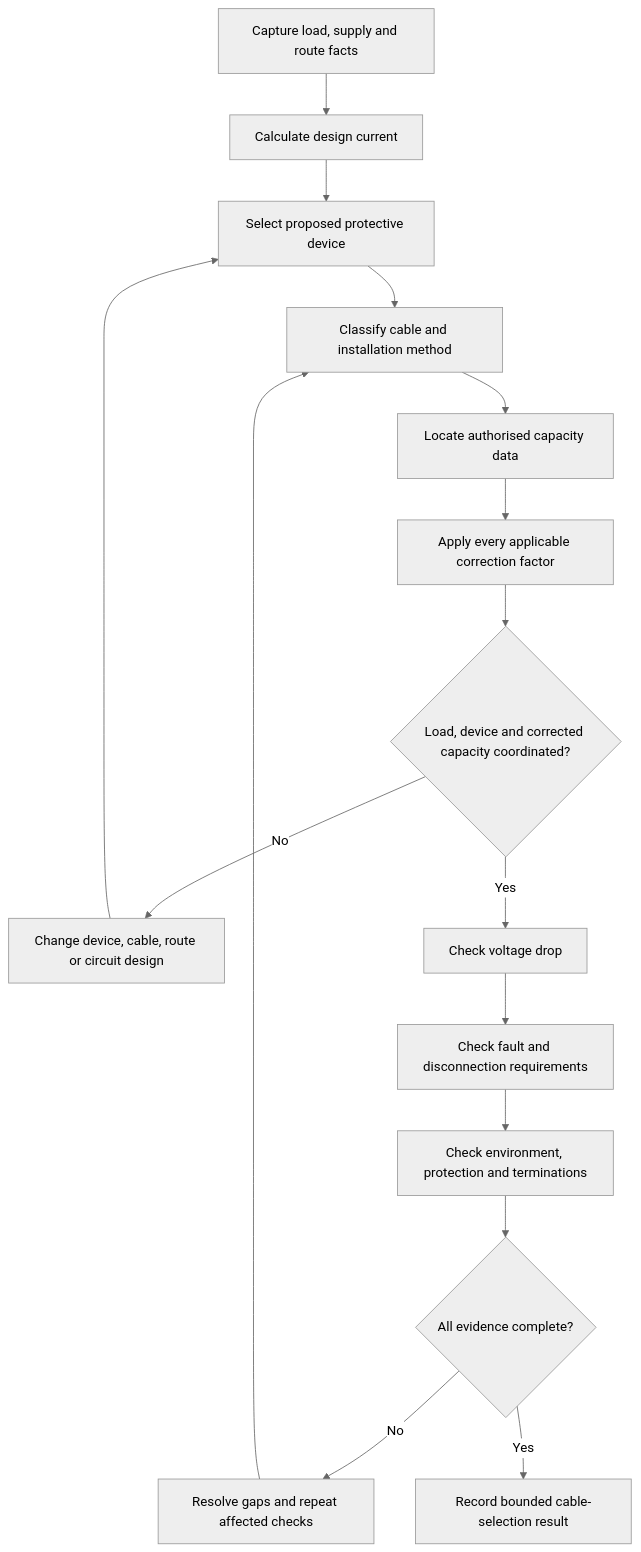
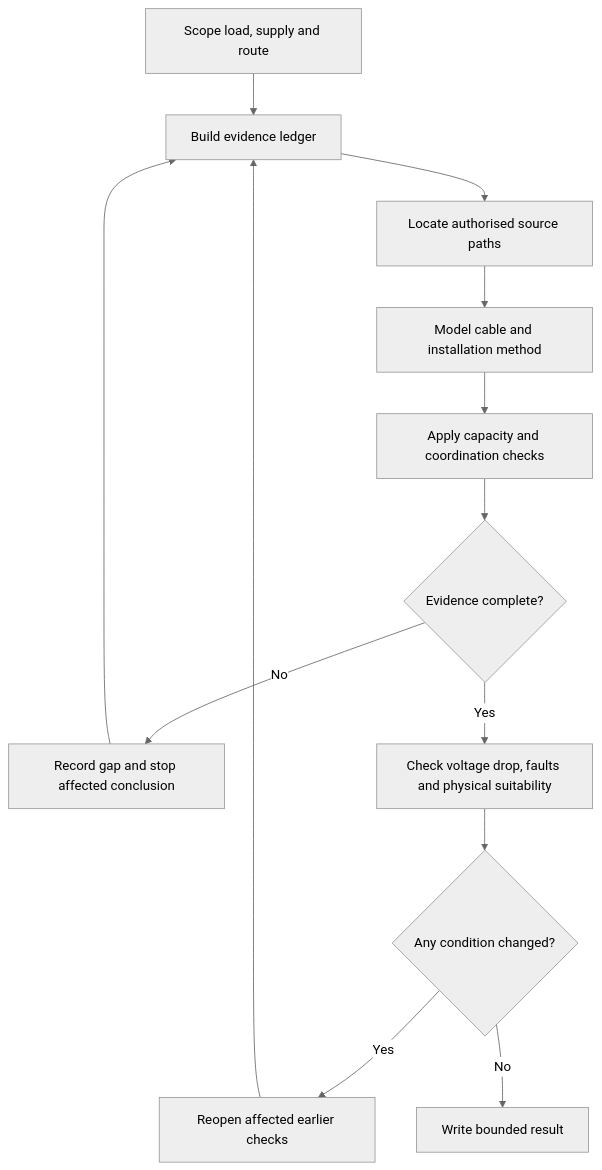
Before and after one commit to andrew3stedall/capstone: the first of 2 diagrams in docs/learning-plans/4-week/modules/day-09-complete-cable-selection-workflow.md, drawn with Mermaid (neutral theme). The commit also changed other lines of this file, not shown here.

Commit message:
Improve Day 9 cable-selection learning module

````diff
--- a/docs/learning-plans/4-week/modules/day-09-complete-cable-selection-workflow.md
+++ b/docs/learning-plans/4-week/modules/day-09-complete-cable-selection-workflow.md
@@ -142,18 +124,15 @@
 ```mermaid
 flowchart TD
-    A["Capture load, supply and route facts"] --> B["Calculate design current"]
-    B --> C["Select proposed protective device"]
-    C --> D["Classify cable and installation method"]
-    D --> E["Locate authorised capacity data"]
-    E --> F["Apply every applicable correction factor"]
-    F --> G{"Load, device and corrected capacity coordinated?"}
-    G -->|"No"| H["Change device, cable, route or circuit design"]
-    H --> C
-    G -->|"Yes"| I["Check voltage drop"]
-    I --> J["Check fault and disconnection requirements"]
-    J --> K["Check environment, protection and terminations"]
-    K --> L{"All evidence complete?"}
-    L -->|"No"| M["Resolve gaps and repeat affected checks"]
-    M --> D
-    L -->|"Yes"| N["Record bounded cable-selection result"]
+    A[Scope load, supply and route] --> B[Build evidence ledger]
+    B --> C[Locate authorised source paths]
+    C --> D[Model cable and installation method]
+    D --> E[Apply capacity and coordination checks]
+    E --> F{Evidence complete?}
+    F -->|No| G[Record gap and stop affected conclusion]
+    G --> B
+    F -->|Yes| H[Check voltage drop, faults and physical suitability]
+    H --> I{Any condition changed?}
+    I -->|Yes| J[Reopen affected earlier checks]
+    J --> B
+    I -->|No| K[Write bounded result]
 ```
````
